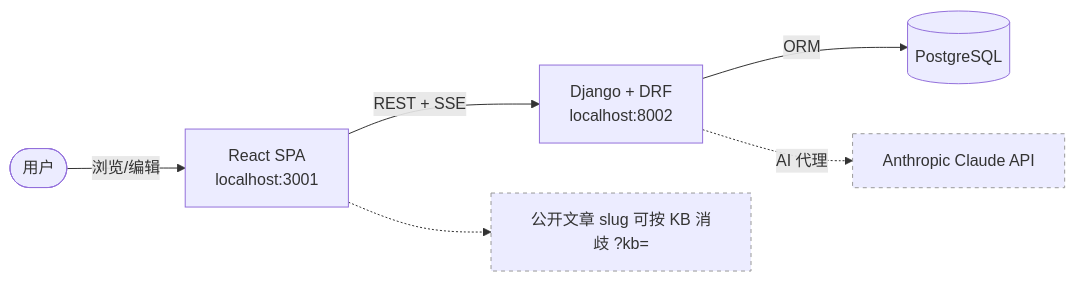
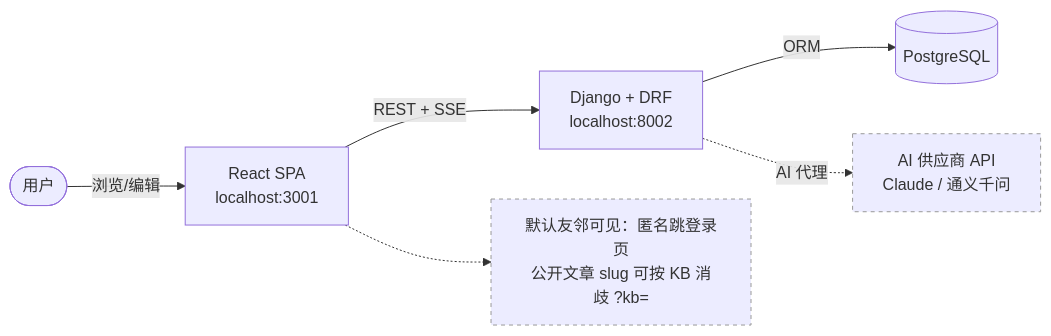
Before and after one commit to fujianghub/JianZhai: the diagram in docs/dev-guide/diagrams/simple-arch.mmd, drawn with Mermaid. The commit also changed 3 other files, not shown here.

Commit message:
fix(frontend): 后台架构总览页对齐现行架构——四角色 RBAC 共享内容池（删 owner 多租户旧述）/登录三因子/默认友邻可见/受众+ReadGrant 两道闸/6 主题/CodeMirror 6/Word·PPT·语雀导入/5 格式导出/AI 多供应商；功能模块 12→16 卡；详细版手写 SVG 与 simple/detailed mermaid 同步刷新（save-flow 核对仍准确未动）

```diff
--- a/docs/dev-guide/diagrams/simple-arch.mmd
+++ b/docs/dev-guide/diagrams/simple-arch.mmd
@@ -1,17 +1,17 @@
 flowchart LR
   user([用户])
   fe[React SPA<br/>localhost:3001]
   be[Django + DRF<br/>localhost:8002]
   db[(PostgreSQL)]
-  ai[Anthropic Claude API]
+  ai[AI 供应商 API<br/>Claude / 通义千问]
 
   user -->|浏览/编辑| fe
   fe -->|REST + SSE| be
   be -->|ORM| db
   be -.->|AI 代理| ai
 
-  note1[公开文章 slug 可按 KB 消歧 ?kb=]
+  note1[默认友邻可见：匿名跳登录页<br/>公开文章 slug 可按 KB 消歧 ?kb=]
   fe -.-> note1
 
   classDef ext stroke:#999,stroke-dasharray:4 4
   class ai,note1 ext
```
